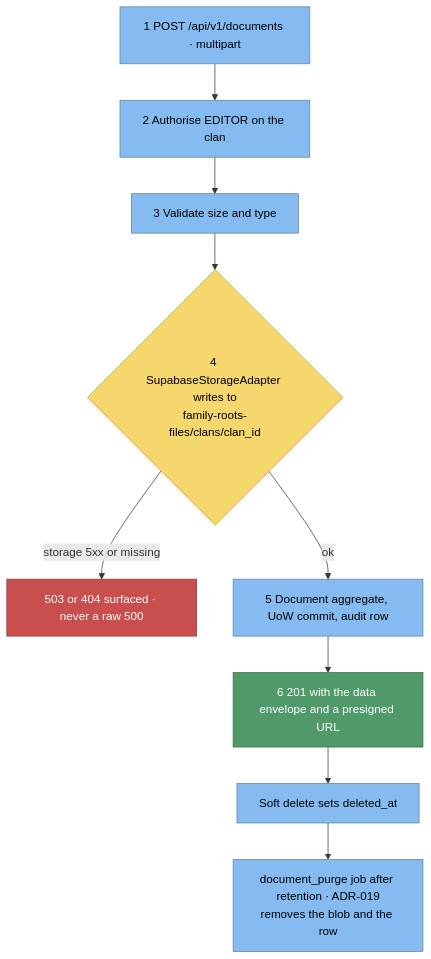
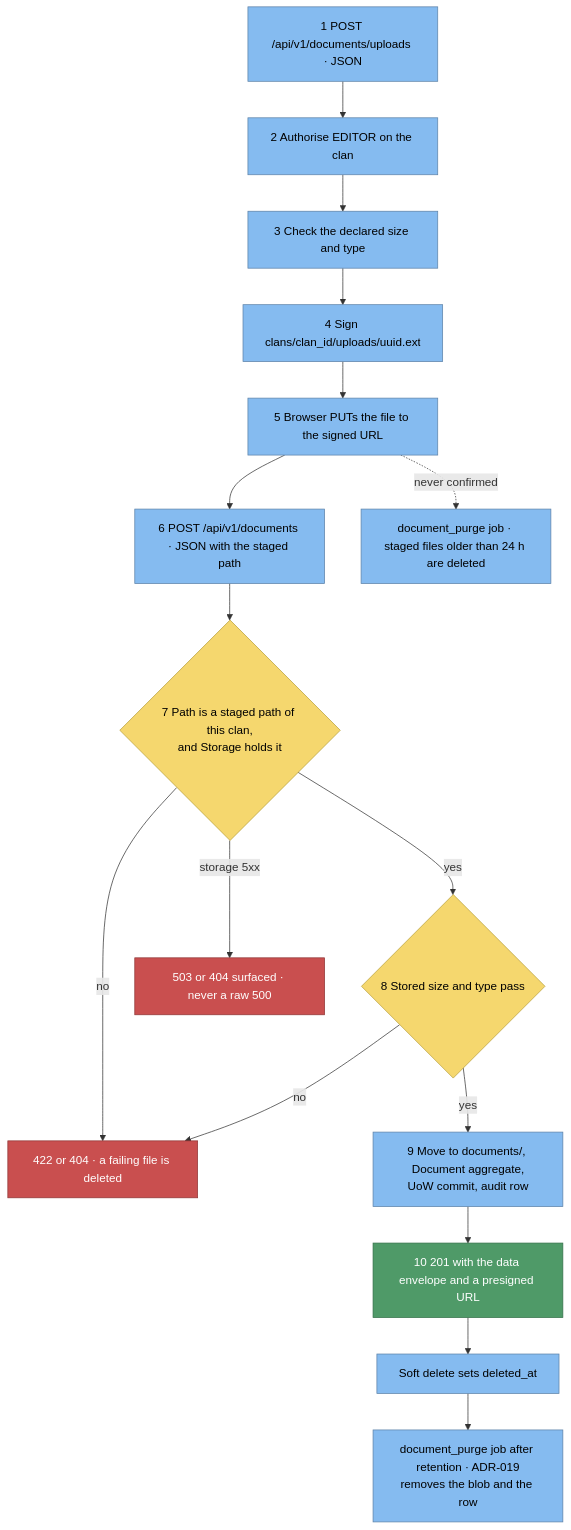
Before and after one commit to namphuongtran/familyroots: the fifth of 7 diagrams in docs/sad/06-runtime-view.md, drawn with Mermaid. The commit also changed other lines of this file and 13 other files, not shown here.

First line of the commit message:
docs: ADR-068, documents upload straight to Storage (#256)

````diff
--- a/docs/sad/06-runtime-view.md
+++ b/docs/sad/06-runtime-view.md
@@ -157,26 +159,39 @@
 ```mermaid
 graph TB
-  u1[1 POST /api/v1/documents · multipart]:::comp
+  u1[1 POST /api/v1/documents/uploads · JSON]:::comp
   u2[2 Authorise EDITOR on the clan]:::comp
-  u3[3 Validate size and type]:::comp
-  d1{4 SupabaseStorageAdapter writes to<br/>family-roots-files/clans/clan_id}:::dec
+  u3[3 Check the declared size and type]:::comp
+  u4[4 Sign clans/clan_id/uploads/uuid.ext]:::comp
+  p1[5 Browser PUTs the file to the signed URL]:::comp
+  c1[6 POST /api/v1/documents · JSON with the staged path]:::comp
+  c2{7 Path is a staged path of this clan,<br/>and Storage holds it}:::dec
+  c3{8 Stored size and type pass}:::dec
+  cbad[422 or 404 · a failing file is deleted]:::bad
   serr[503 or 404 surfaced · never a raw 500]:::bad
-  u5[5 Document aggregate, UoW commit, audit row]:::comp
-  u6[6 201 with the data envelope and a presigned URL]:::good
+  c4[9 Move to documents/, Document aggregate,<br/>UoW commit, audit row]:::comp
+  c5[10 201 with the data envelope and a presigned URL]:::good
+  sw[document_purge job · staged files older than 24 h are deleted]:::comp
   sd[Soft delete sets deleted_at]:::comp
   pg[document_purge job after retention · ADR-019<br/>removes the blob and the row]:::comp
 
   u1 --> u2
   u2 --> u3
-  u3 --> d1
-  d1 -->|storage 5xx or missing| serr
-  d1 -->|ok| u5
-  u5 --> u6
-  u6 --> sd
+  u3 --> u4
+  u4 --> p1
+  p1 --> c1
+  p1 -.->|never confirmed| sw
+  c1 --> c2
+  c2 -->|no| cbad
+  c2 -->|storage 5xx| serr
+  c2 -->|yes| c3
+  c3 -->|no| cbad
+  c3 -->|yes| c4
+  c4 --> c5
+  c5 --> sd
   sd --> pg
 
   classDef comp fill:#85bbf0,stroke:#5d82a8,color:#000000
   classDef dec fill:#f5d76e,stroke:#b8a13c,color:#000000
   classDef good fill:#4f9a68,stroke:#357049,color:#ffffff
   classDef bad fill:#c94f4f,stroke:#8f3636,color:#ffffff
 ```
````
